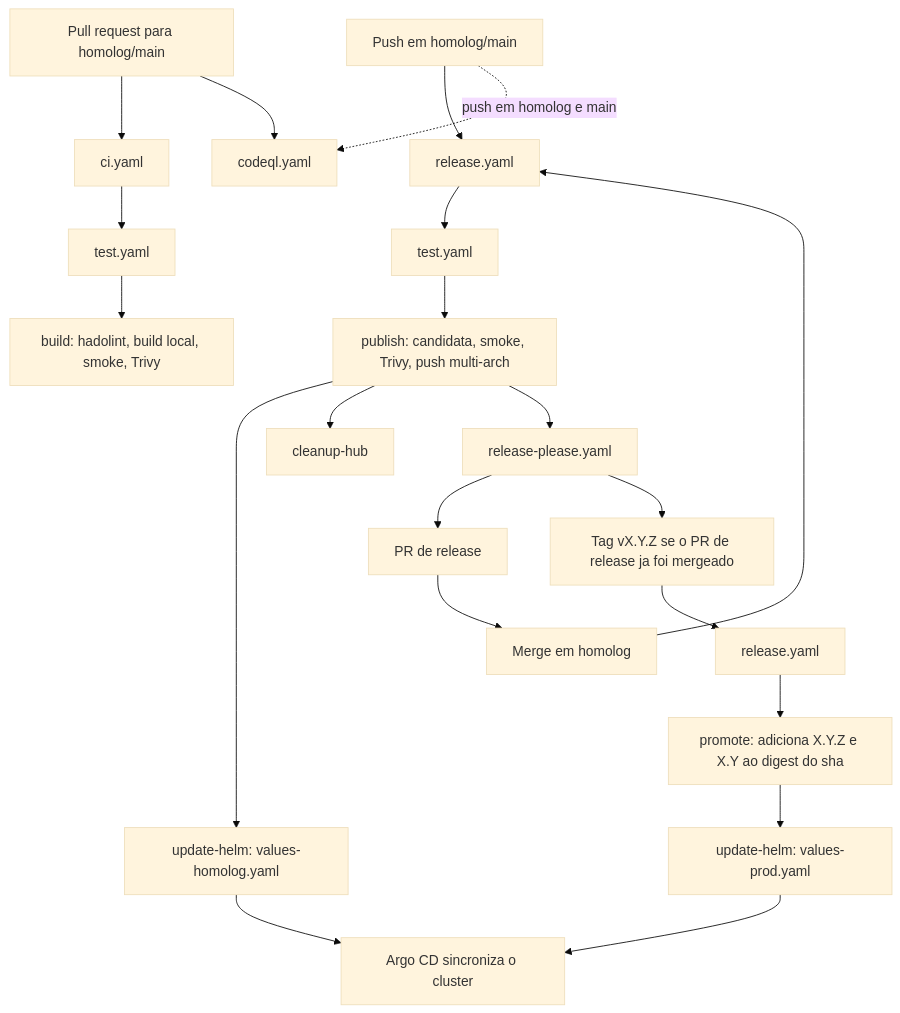
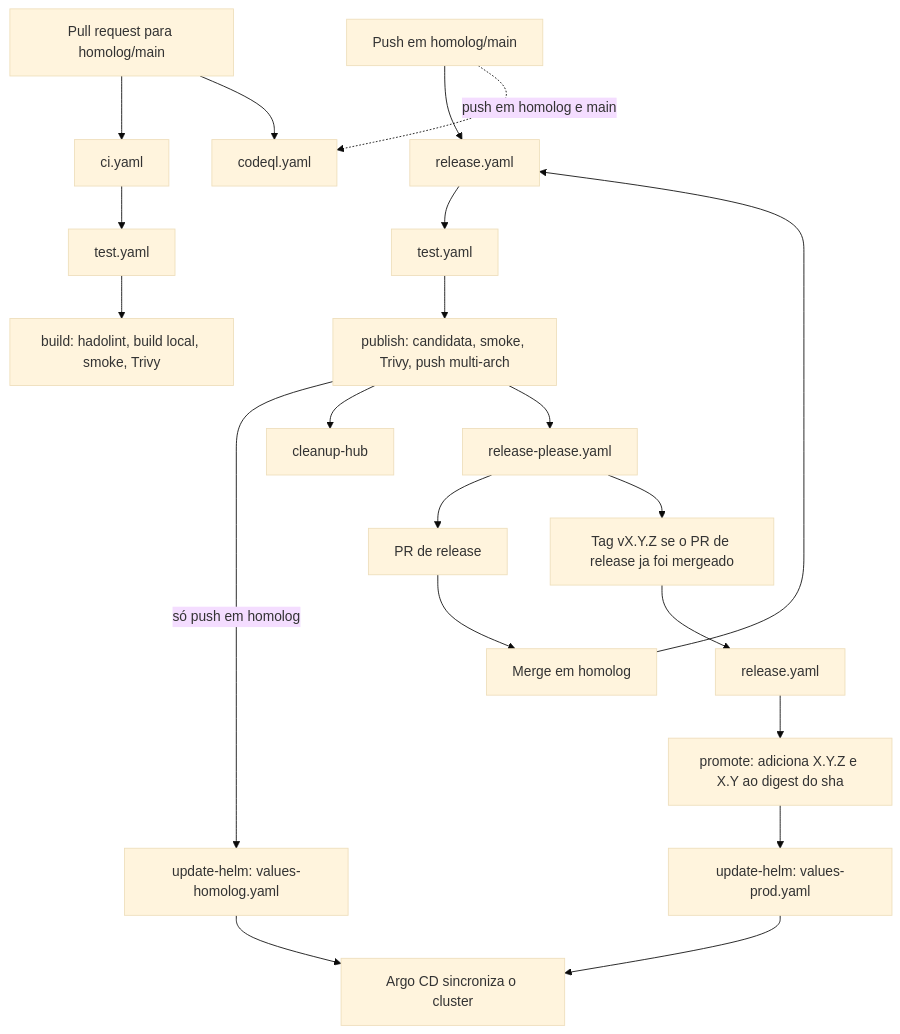
The diagram in .github/workflows/README.md (fcavalcanti-devops/conversor-temperatura), drawn with Mermaid (base theme) before and after one commit. The commit also changed other lines of this file and 2 other files, not shown here.

Commit message:
Atualiza documentação do fluxo de trabalho e ajustes no release.yaml para esclarecer o comportamento de push em `homolog` e `main`. Especifica que apenas `homolog` atualiza `values-homolog.yaml` e que `main` não realiza deploy. Melhora a descrição dos jobs e do ciclo de vida das mudanças.

````diff
--- a/.github/workflows/README.md
+++ b/.github/workflows/README.md
@@ -28,26 +28,26 @@
 ```mermaid
 flowchart TD
     PR[Pull request para homolog/main] --> CI[ci.yaml]
     PR --> CQ[codeql.yaml]
     CI --> T1[test.yaml]
     T1 --> B[build: hadolint, build local, smoke, Trivy]
 
     PUSH[Push em homolog/main] --> REL[release.yaml]
     PUSH -.->|push em homolog e main| CQ
     REL --> T2[test.yaml]
     T2 --> PUB[publish: candidata, smoke, Trivy, push multi-arch]
-    PUB --> HH[update-helm: values-homolog.yaml]
+    PUB -->|só push em homolog| HH[update-helm: values-homolog.yaml]
     PUB --> CL[cleanup-hub]
     PUB --> RP[release-please.yaml]
     RP --> RPR[PR de release]
     RPR --> MERGE[Merge em homolog]
     MERGE --> REL
     RP --> TAG[Tag vX.Y.Z se o PR de release ja foi mergeado]
 
     TAG --> REL2[release.yaml]
     REL2 --> PRO[promote: adiciona X.Y.Z e X.Y ao digest do sha]
     PRO --> HP[update-helm: values-prod.yaml]
 
     HH --> ARGO[Argo CD sincroniza o cluster]
     HP --> ARGO
 ```
````
